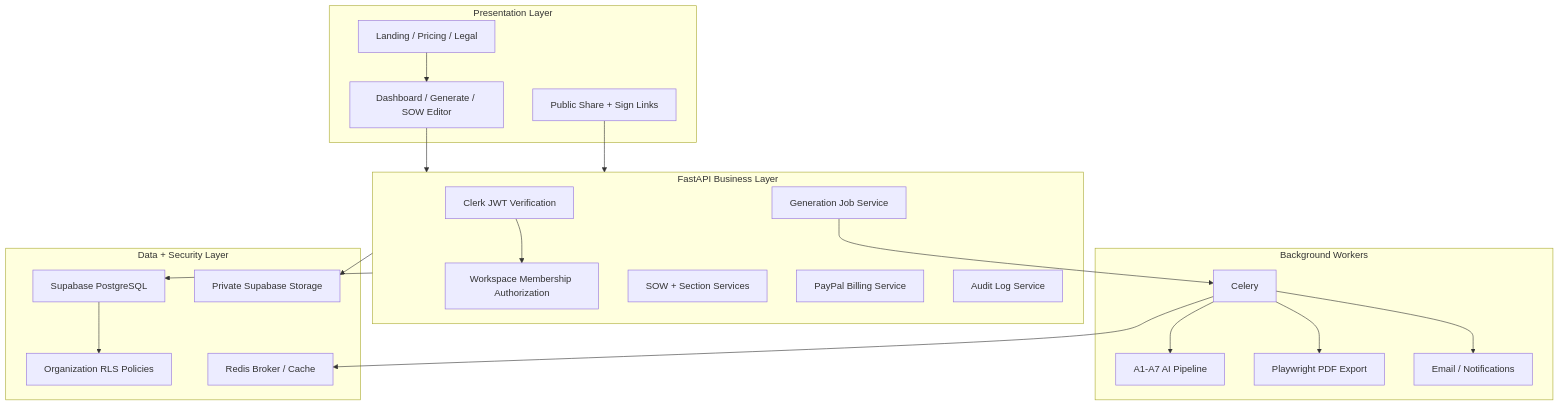
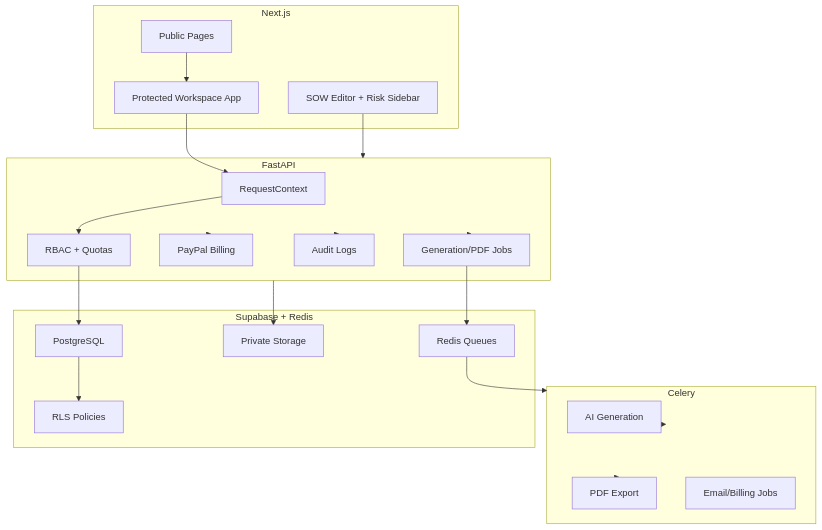
Before and after one commit to pr6thv3/BriefToScope: the diagram in ARCHITECTURE.md, drawn with Mermaid. The commit also changed other lines of this file and 75 other files, not shown here.

````diff
--- a/ARCHITECTURE.md
+++ b/ARCHITECTURE.md
@@ -18,44 +72,44 @@
 ```mermaid
 flowchart TB
-    subgraph Web["Presentation Layer"]
-      Public["Landing / Pricing / Legal"]
-      App["Dashboard / Generate / SOW Editor"]
-      Share["Public Share + Sign Links"]
-    end
+  subgraph Frontend["Next.js"]
+    Public["Public Pages"]
+    App["Protected Workspace App"]
+    Editor["SOW Editor + Risk Sidebar"]
+  end
 
-    subgraph API["FastAPI Business Layer"]
-      Auth["Clerk JWT Verification"]
-      RBAC["Workspace Membership Authorization"]
-      SOW["SOW + Section Services"]
-      Billing["PayPal Billing Service"]
-      Audit["Audit Log Service"]
-      Jobs["Generation Job Service"]
-    end
+  subgraph Backend["FastAPI"]
+    Context["RequestContext"]
+    RBAC["RBAC + Quotas"]
+    Billing["PayPal Billing"]
+    Jobs["Generation/PDF Jobs"]
+    Audit["Audit Logs"]
+  end
 
-    subgraph Async["Background Workers"]
-      Celery["Celery"]
-      AI["A1-A7 AI Pipeline"]
-      PDF["Playwright PDF Export"]
-      Email["Email / Notifications"]
-    end
+  subgraph Workers["Celery"]
+    AI["AI Generation"]
+    PDF["PDF Export"]
+    Email["Email/Billing Jobs"]
+  end
 
-    subgraph Data["Data + Security Layer"]
-      Postgres["Supabase PostgreSQL"]
-      RLS["Organization RLS Policies"]
-      Storage["Private Supabase Storage"]
-      Redis["Redis Broker / Cache"]
-    end
+  subgraph Data["Supabase + Redis"]
+    PG["PostgreSQL"]
+    RLS["RLS Policies"]
+    Files["Private Storage"]
+    Queue["Redis Queues"]
+  end
 
-    Public --> App
-    App --> API
-    Share --> API
-    Auth --> RBAC
-    API --> Postgres
-    API --> Storage
-    Jobs --> Celery
-    Celery --> AI
-    Celery --> PDF
-    Celery --> Email
-    Celery --> Redis
-    Postgres --> RLS
+  Public --> App
+  App --> Context
+  Editor --> Backend
+  Context --> RBAC
+  RBAC --> PG
+  Backend --> Files
+  Backend --> Billing
+  Backend --> Jobs
+  Jobs --> Queue
+  Queue --> Workers
+  Workers --> AI
+  Workers --> PDF
+  PG --> RLS
+  Backend --> Audit
 ```
````
